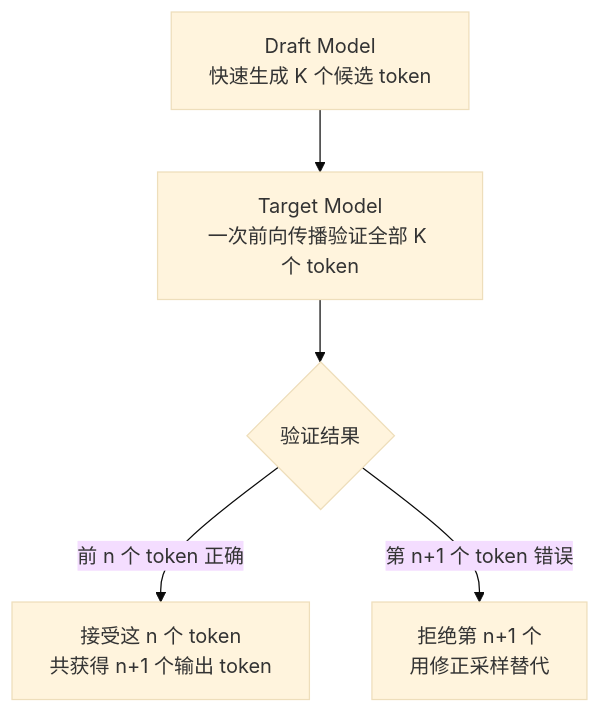
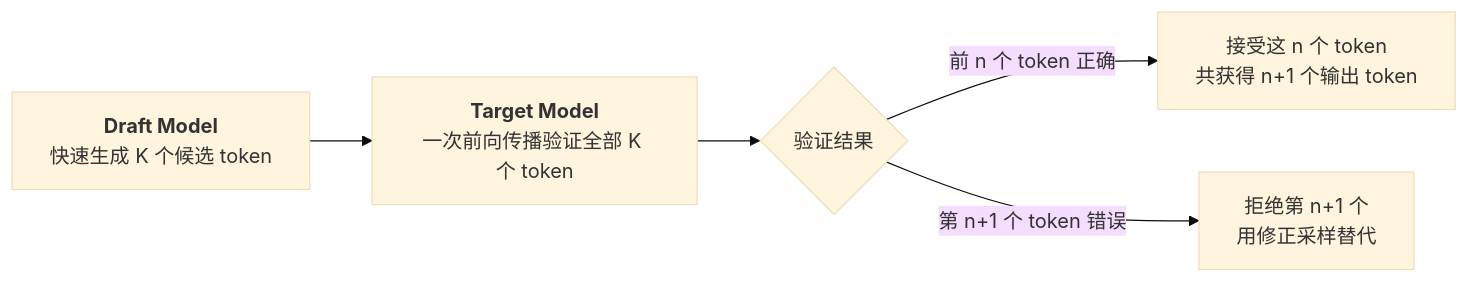
Before and after one commit to fenixsoft/dmla: the third of 3 diagrams in docs/language-models/reasoning/inference-efficiency.md, drawn with Mermaid (base theme). The commit also changed other lines of this file and 46 other files, not shown here.

````diff
--- a/docs/language-models/reasoning/inference-efficiency.md
+++ b/docs/language-models/reasoning/inference-efficiency.md
@@ -164,7 +103,7 @@
 ```mermaid compact
-graph TD
-    DM["Draft Model<br>快速生成 K 个候选 token"] --> TM["Target Model<br>一次前向传播验证全部 K 个 token"]
+graph LR
+    DM["<b>Draft Model</b><br>快速生成 K 个候选 token"] --> TM["<b>Target Model</b><br>一次前向传播验证全部 K 个 token"]
     TM --> A{"验证结果"}
     A -->|"前 n 个 token 正确"| B["接受这 n 个 token<br>共获得 n+1 个输出 token"]
     A -->|"第 n+1 个 token 错误"| C["拒绝第 n+1 个<br>用修正采样替代"]
 ```
````
